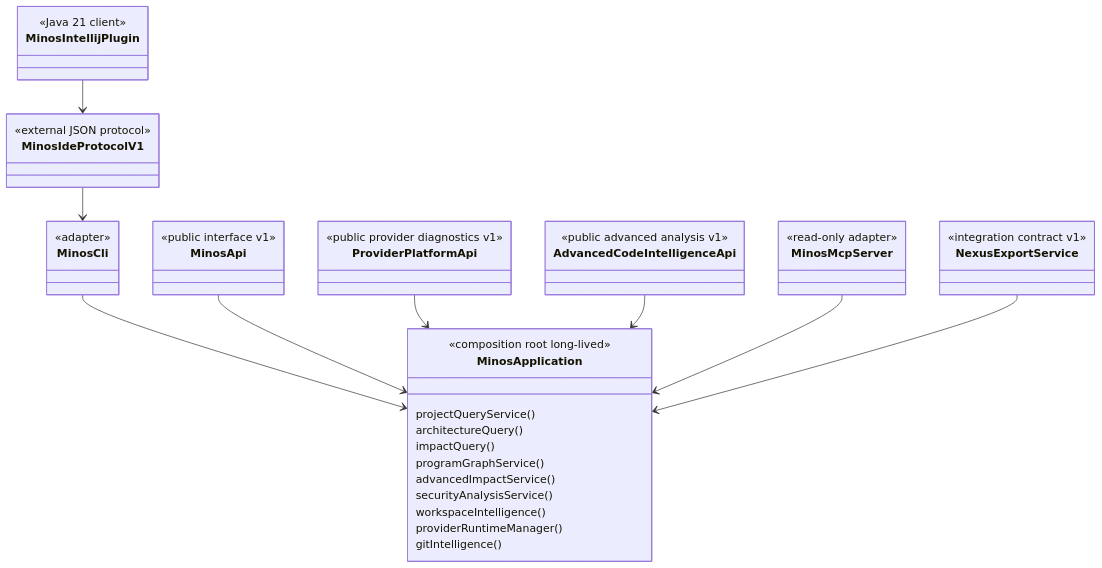
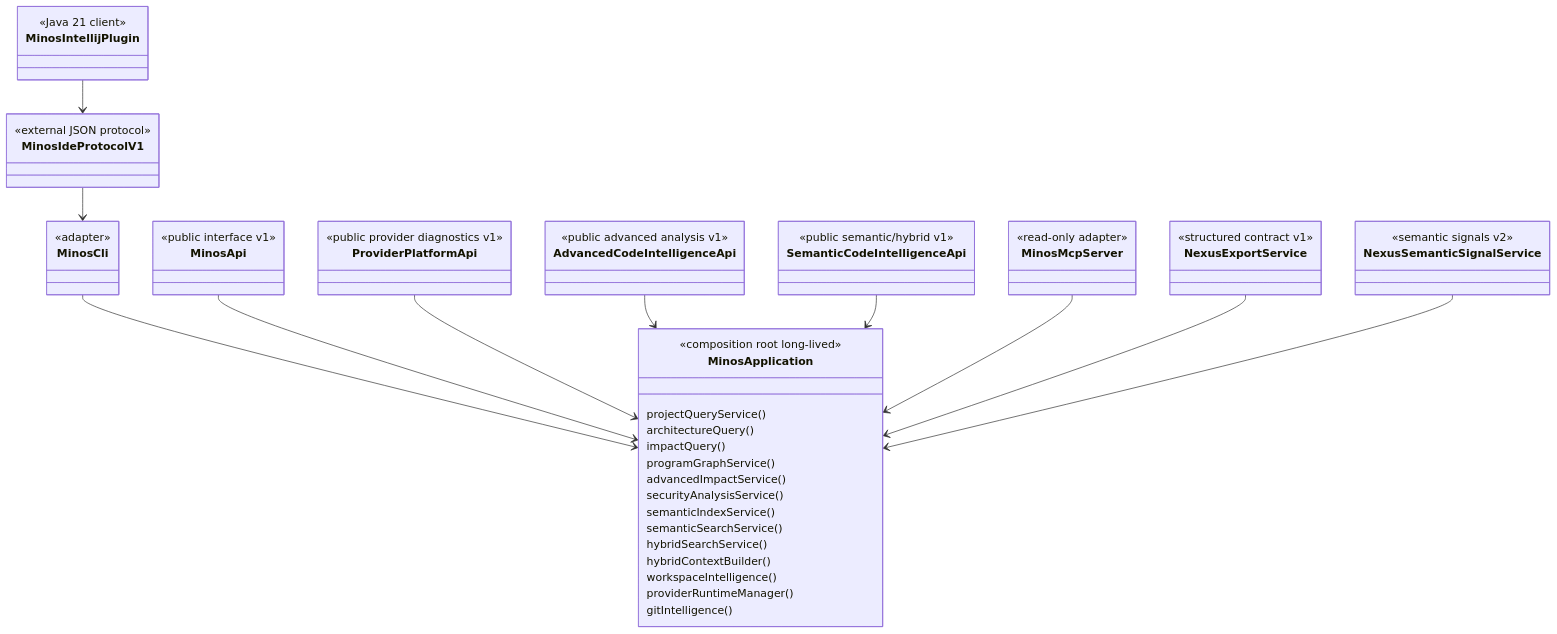
Before and after one commit to FTurleque/minos-code-intelligence: the diagram in docs/developer/public-surfaces.md, drawn with Mermaid. The commit also changed other lines of this file, not shown here.

Commit message:
docs(m20): reconcile public surfaces with semantic hybrid API and MCP

````diff
--- a/docs/developer/public-surfaces.md
+++ b/docs/developer/public-surfaces.md
@@ -9,32 +9,40 @@
 ```mermaid
 classDiagram
     class MinosApplication {
       <<composition root long-lived>>
       projectQueryService()
       architectureQuery()
       impactQuery()
       programGraphService()
       advancedImpactService()
       securityAnalysisService()
+      semanticIndexService()
+      semanticSearchService()
+      hybridSearchService()
+      hybridContextBuilder()
       workspaceIntelligence()
       providerRuntimeManager()
       gitIntelligence()
     }
     class MinosCli { <<adapter>> }
     class MinosIdeProtocolV1 { <<external JSON protocol>> }
     class MinosIntellijPlugin { <<Java 21 client>> }
     class MinosApi { <<public interface v1>> }
     class ProviderPlatformApi { <<public provider diagnostics v1>> }
     class AdvancedCodeIntelligenceApi { <<public advanced analysis v1>> }
+    class SemanticCodeIntelligenceApi { <<public semantic/hybrid v1>> }
     class MinosMcpServer { <<read-only adapter>> }
-    class NexusExportService { <<integration contract v1>> }
+    class NexusExportService { <<structured contract v1>> }
+    class NexusSemanticSignalService { <<semantic signals v2>> }
 
     MinosCli --> MinosApplication
     MinosIdeProtocolV1 --> MinosCli
     MinosIntellijPlugin --> MinosIdeProtocolV1
     MinosApi --> MinosApplication
     ProviderPlatformApi --> MinosApplication
     AdvancedCodeIntelligenceApi --> MinosApplication
+    SemanticCodeIntelligenceApi --> MinosApplication
     MinosMcpServer --> MinosApplication
     NexusExportService --> MinosApplication
+    NexusSemanticSignalService --> MinosApplication
 ```
````
